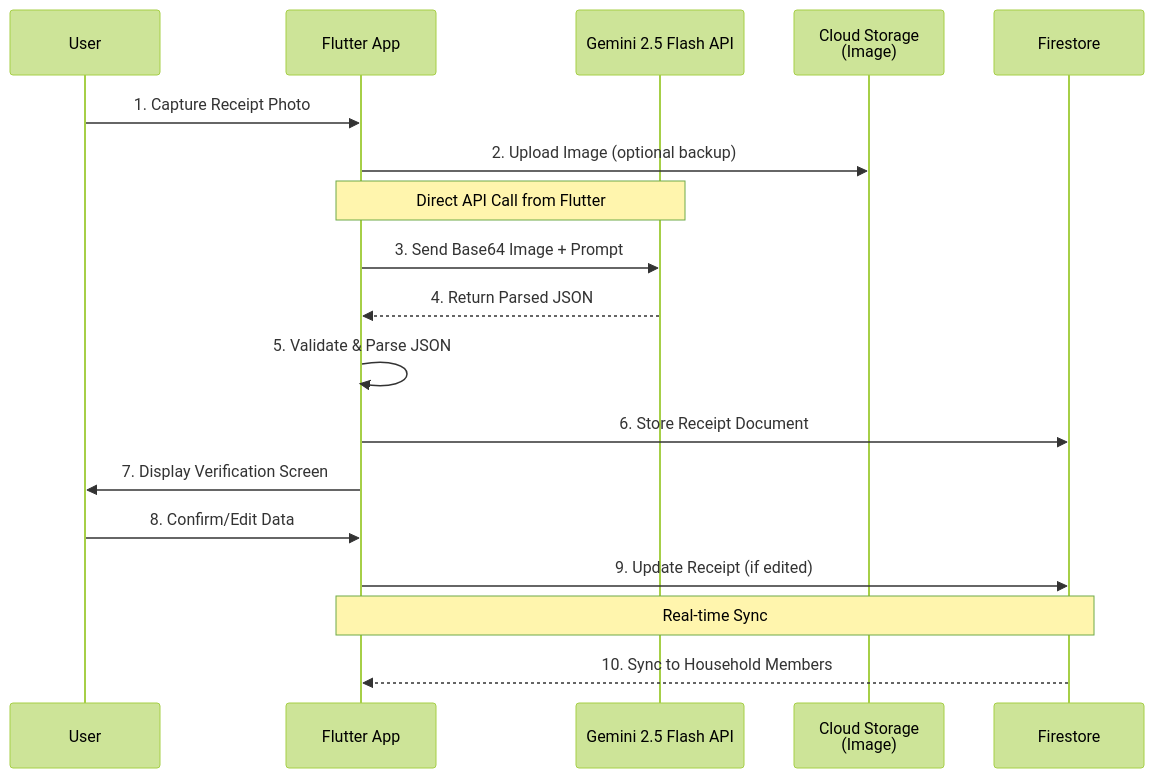
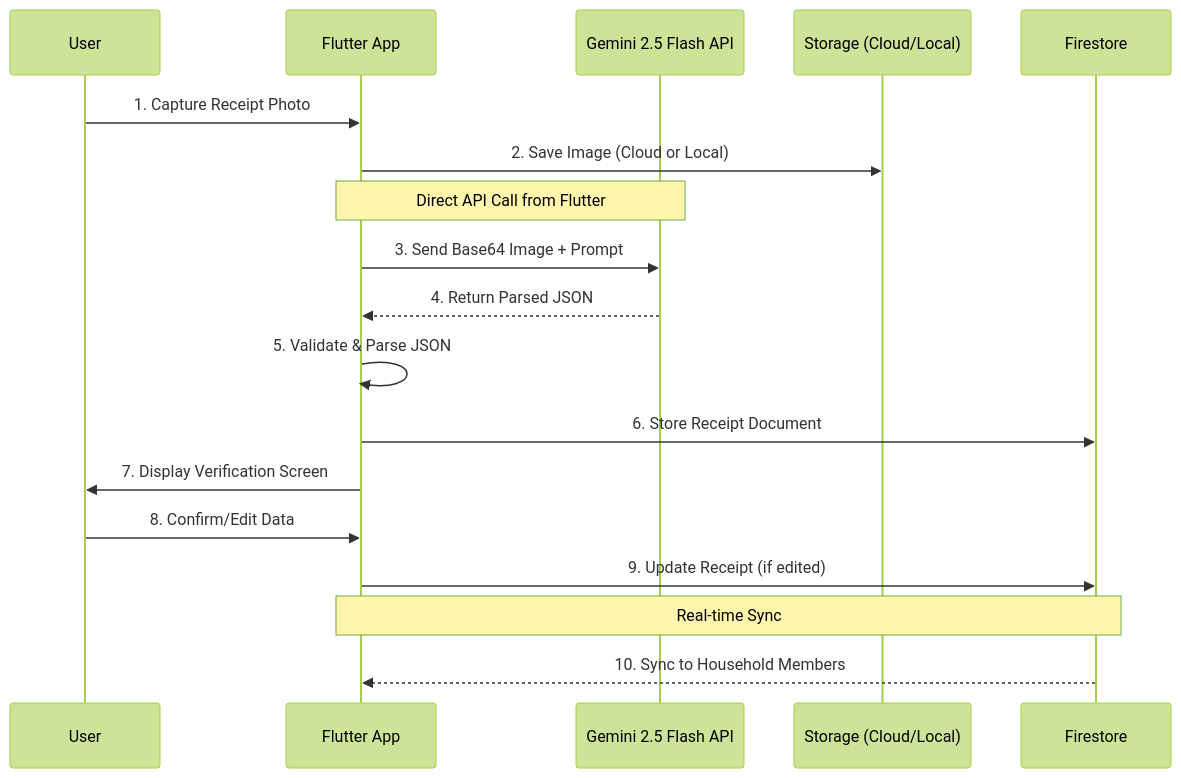
Before and after one commit to HeartThanakorn/sparfuchs-mobile-app: the first of 2 diagrams in specs/design.md, drawn with Mermaid (forest theme). The commit also changed other lines of this file and 11 other files, not shown here.

Commit message:
docs: update documentation to match current architecture; chore: secure project configuration

````diff
--- a/specs/design.md
+++ b/specs/design.md
@@ -13,24 +13,24 @@
 ```mermaid
 sequenceDiagram
     participant User
     participant Flutter as Flutter App
     participant AI as Gemini 2.5 Flash API
-    participant Storage as Cloud Storage<br/>(Image)
+    participant Storage as Storage (Cloud/Local)
     participant DB as Firestore
 
     User->>Flutter: 1. Capture Receipt Photo
-    Flutter->>Storage: 2. Upload Image (optional backup)
+    Flutter->>Storage: 2. Save Image (Cloud or Local)
     
     Note over Flutter,AI: Direct API Call from Flutter
     Flutter->>AI: 3. Send Base64 Image + Prompt
     AI-->>Flutter: 4. Return Parsed JSON
     Flutter->>Flutter: 5. Validate & Parse JSON
     Flutter->>DB: 6. Store Receipt Document
     
     Flutter->>User: 7. Display Verification Screen
     User->>Flutter: 8. Confirm/Edit Data
     Flutter->>DB: 9. Update Receipt (if edited)
 
     Note over DB,Flutter: Real-time Sync
     DB-->>Flutter: 10. Sync to Household Members
 ```
````
